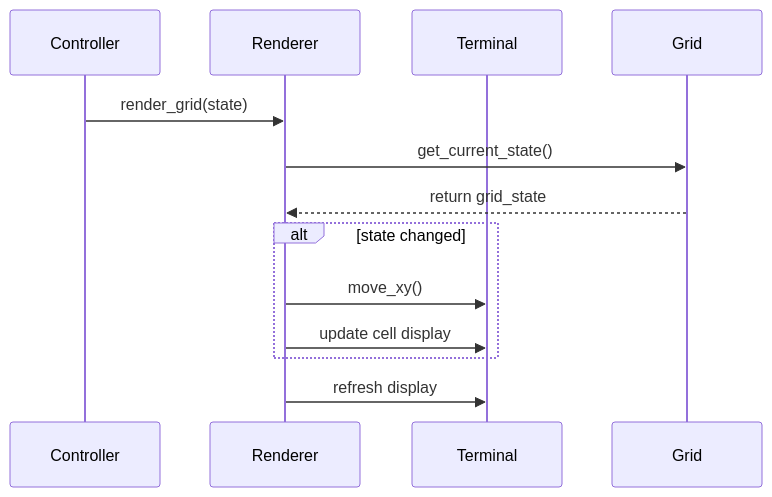
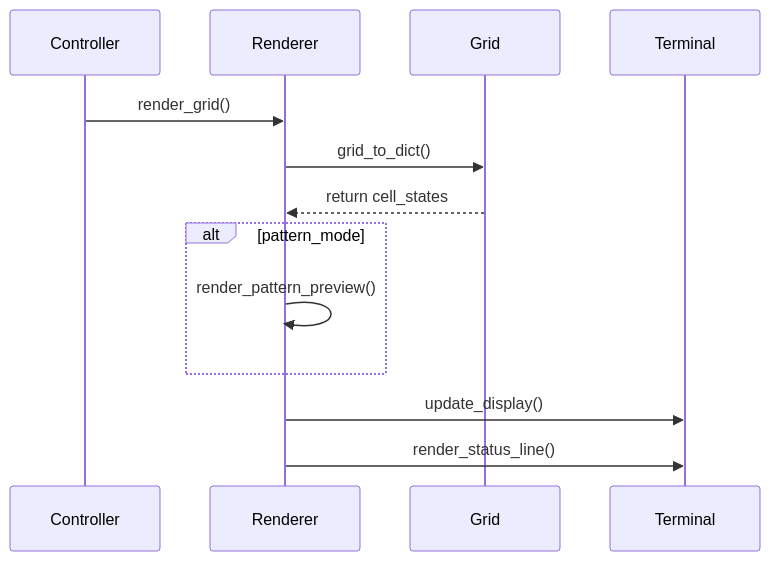
One commit to dewe/py-gol changed the fourth of 6 diagrams in docs/diagrams.md. Above: the diagram before and after it, drawn with Mermaid. The commit also changed other lines of this file and 3 other files, not shown here.

First line of the commit message:
docs(architecture): update documentation to reflect functional implementation

````diff
--- a/docs/diagrams.md
+++ b/docs/diagrams.md
@@ -80,16 +68,16 @@
 ```mermaid
 sequenceDiagram
     participant Controller
     participant Renderer
+    participant Grid
     participant Terminal
-    participant Grid
     
-    Controller->>Renderer: render_grid(state)
-    Renderer->>Grid: get_current_state()
-    Grid-->>Renderer: return grid_state
-    alt state changed
-        Renderer->>Terminal: move_xy()
-        Renderer->>Terminal: update cell display
+    Controller->>Renderer: render_grid()
+    Renderer->>Grid: grid_to_dict()
+    Grid-->>Renderer: return cell_states
+    alt pattern_mode
+        Renderer->>Renderer: render_pattern_preview()
     end
-    Renderer->>Terminal: refresh display
+    Renderer->>Terminal: update_display()
+    Renderer->>Terminal: render_status_line()
 ```
````
